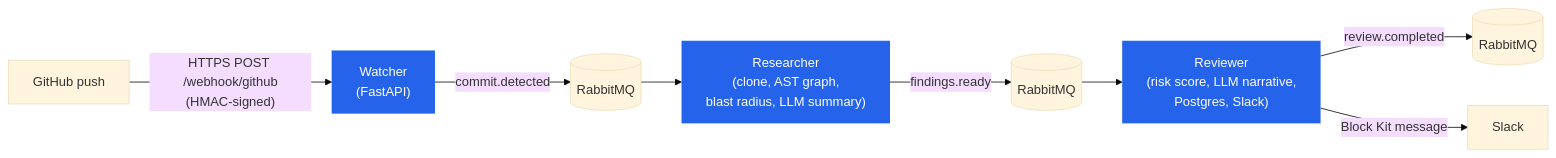
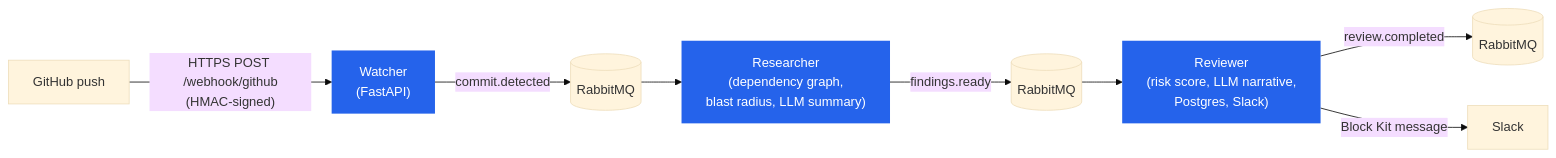
The first of 2 diagrams in README.md (StealthyPete12/Multi-Agent), drawn with Mermaid (base theme) before and after one commit. The commit also changed other lines of this file and 3 other files, not shown here.

````diff
--- a/README.md
+++ b/README.md
@@ -44,13 +42,13 @@
 ```mermaid
 flowchart LR
     GH[GitHub push] -->|"HTTPS POST /webhook/github\n(HMAC-signed)"| Watcher
     Watcher["Watcher\n(FastAPI)"] -->|commit.detected| MQ1[(RabbitMQ)]
-    MQ1 --> Researcher["Researcher\n(clone, AST graph,\nblast radius, LLM summary)"]
+    MQ1 --> Researcher["Researcher\n(dependency graph,\nblast radius, LLM summary)"]
     Researcher -->|findings.ready| MQ2[(RabbitMQ)]
     MQ2 --> Reviewer["Reviewer\n(risk score, LLM narrative,\nPostgres, Slack)"]
     Reviewer -->|review.completed| MQ3[(RabbitMQ)]
     Reviewer -->|Block Kit message| Slack[Slack]
 
     classDef svc fill:#2563eb,color:#fff,stroke:none;
     class Watcher,Researcher,Reviewer svc;
 ```
````
